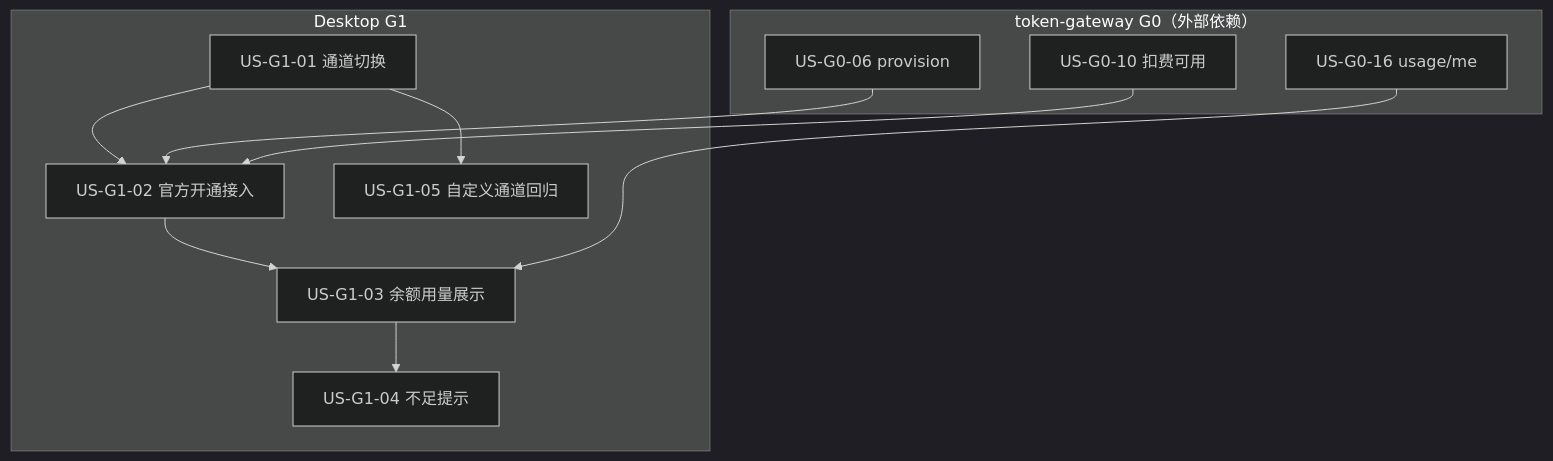
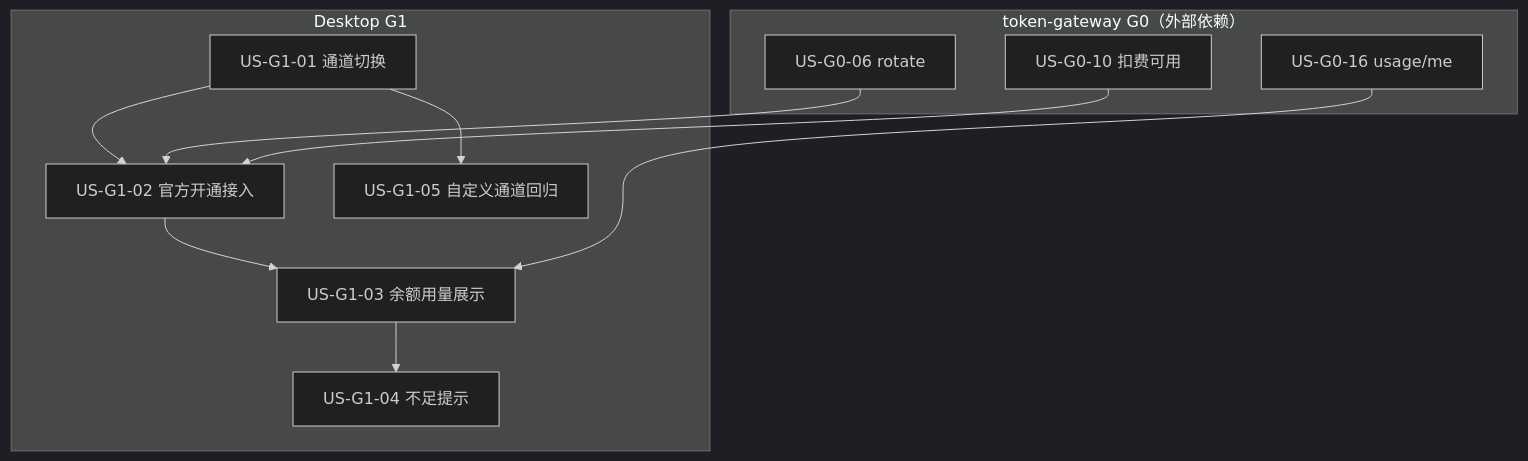
The diagram in docs/12-官方模型通道用户故事.md (Pedro-MAFS/ftcs), drawn with Mermaid (dark theme) before and after one commit. The commit also changed other lines of this file and 26 other files, not shown here.

````diff
--- a/docs/12-官方模型通道用户故事.md
+++ b/docs/12-官方模型通道用户故事.md
@@ -20,24 +20,24 @@
 ```mermaid
 flowchart TB
   subgraph GW["token-gateway G0（外部依赖）"]
-    P[US-G0-06 provision]
+    P[US-G0-06 rotate]
     U[US-G0-16 usage/me]
     B[US-G0-10 扣费可用]
   end
 
   subgraph D["Desktop G1"]
     US21[US-G1-01 通道切换]
     US22[US-G1-02 官方开通接入]
     US23[US-G1-03 余额用量展示]
     US24[US-G1-04 不足提示]
     US25[US-G1-05 自定义通道回归]
   end
 
   US21 --> US22
   US22 --> US23
   US23 --> US24
   US21 --> US25
   P --> US22
   B --> US22
   U --> US23
 ```
````
